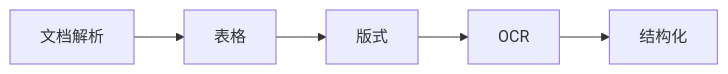
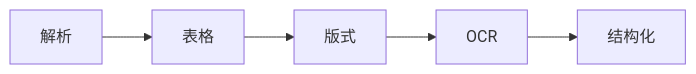
One commit to tghrxxxyyy/knowledge-base changed the diagram in 大模型/RAG/文档解析与表格抽取.md. Above: the diagram before and after it, drawn with Mermaid. The commit also changed other lines of this file and 385 other files, not shown here.

````diff
--- a/大模型/RAG/文档解析与表格抽取.md
+++ b/大模型/RAG/文档解析与表格抽取.md
@@ -19,9 +19,9 @@
 ```mermaid
 flowchart LR
-    A[文档解析]
+    A[解析]
     B[表格]
     C[版式]
     D[OCR]
     E[结构化]
     A --> B --> C --> D --> E
 ```
````
